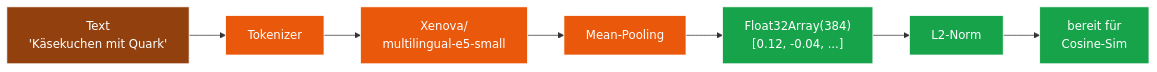
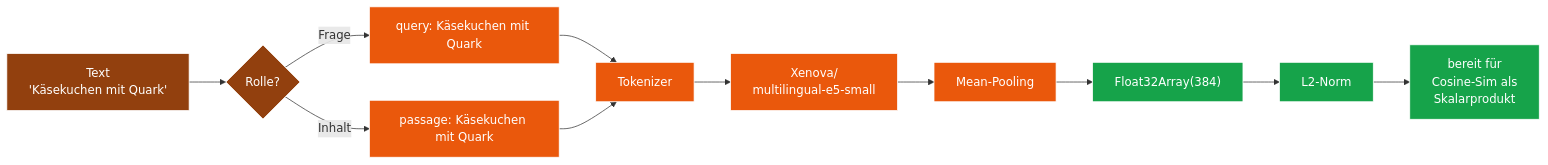
Before and after one commit to lausiklauskn-png/Sage-Protokol: the diagram in docs/components/03_embedding.md, drawn with Mermaid. The commit also changed other lines of this file and 7 other files, not shown here.

````diff
--- a/docs/components/03_embedding.md
+++ b/docs/components/03_embedding.md
@@ -24,16 +30,20 @@
 ```mermaid
 flowchart LR
-  T["Text<br/>'Käsekuchen mit Quark'"] --> P[Tokenizer]
-  P --> E[Xenova/<br/>multilingual-e5-small]
+  T["Text<br/>'Käsekuchen mit Quark'"] --> R{Rolle?}
+  R -->|Frage| Q["query: Käsekuchen mit Quark"]
+  R -->|Inhalt| P["passage: Käsekuchen mit Quark"]
+  Q --> TOK[Tokenizer]
+  P --> TOK
+  TOK --> E[Xenova/<br/>multilingual-e5-small]
   E --> POOL[Mean-Pooling]
-  POOL --> V["Float32Array(384)<br/>[0.12, -0.04, ...]"]
+  POOL --> V["Float32Array(384)"]
   V --> N[L2-Norm]
-  N --> R[bereit für<br/>Cosine-Sim]
+  N --> READY[bereit für<br/>Cosine-Sim als<br/>Skalarprodukt]
 
   classDef start fill:#92400E,color:#fff,stroke:#fff
   classDef proc fill:#EA580C,color:#fff,stroke:#fff
   classDef out fill:#16A34A,color:#fff,stroke:#fff
-  class T start
-  class P,E,POOL proc
-  class V,N,R out
+  class T,R start
+  class Q,P,TOK,E,POOL proc
+  class V,N,READY out
 ```
````
